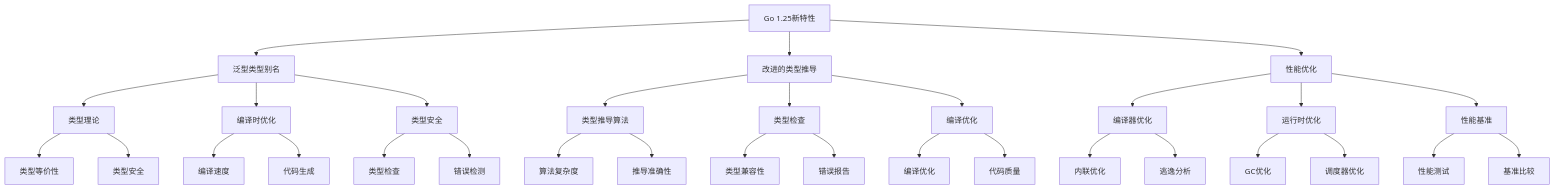
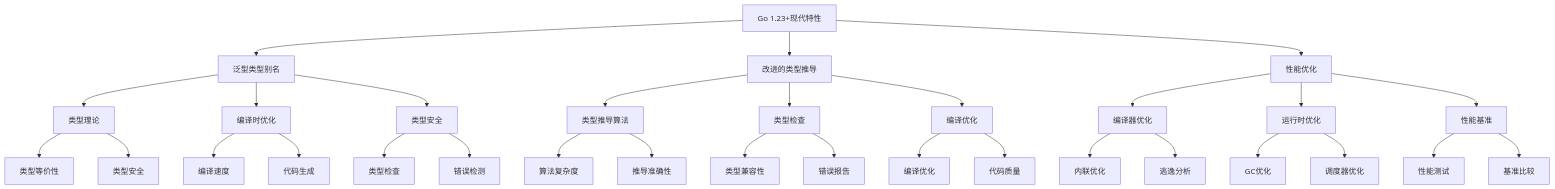
The diagram in docs/Analysis/02-Go语言最新特性/01-Go-1.25特性深度解析/README.md (AdaMartin18010/golang), drawn with Mermaid before and after one commit. The commit also changed other lines of this file and 1372 other files, not shown here.

````diff
--- a/docs/Analysis/02-Go语言最新特性/01-Go-1.25特性深度解析/README.md
+++ b/docs/Analysis/02-Go语言最新特性/01-Go-1.25特性深度解析/README.md
@@ -193,46 +193,46 @@
 ```mermaid
 graph TD
-    A[Go 1.25新特性] --> B[泛型类型别名]
+    A[Go 1.23+现代特性] --> B[泛型类型别名]
     A --> C[改进的类型推导]
     A --> D[性能优化]
     
     B --> E[类型理论]
     B --> F[编译时优化]
     B --> G[类型安全]
     
     C --> H[类型推导算法]
     C --> I[类型检查]
     C --> J[编译优化]
     
     D --> K[编译器优化]
     D --> L[运行时优化]
     D --> M[性能基准]
     
     E --> N[类型等价性]
     E --> O[类型安全]
     
     F --> P[编译速度]
     F --> Q[代码生成]
     
     G --> R[类型检查]
     G --> S[错误检测]
     
     H --> T[算法复杂度]
     H --> U[推导准确性]
     
     I --> V[类型兼容性]
     I --> W[错误报告]
     
     J --> X[编译优化]
     J --> Y[代码质量]
     
     K --> Z[内联优化]
     K --> AA[逃逸分析]
     
     L --> BB[GC优化]
     L --> CC[调度器优化]
     
     M --> DD[性能测试]
     M --> EE[基准比较]
 
 ```
````
